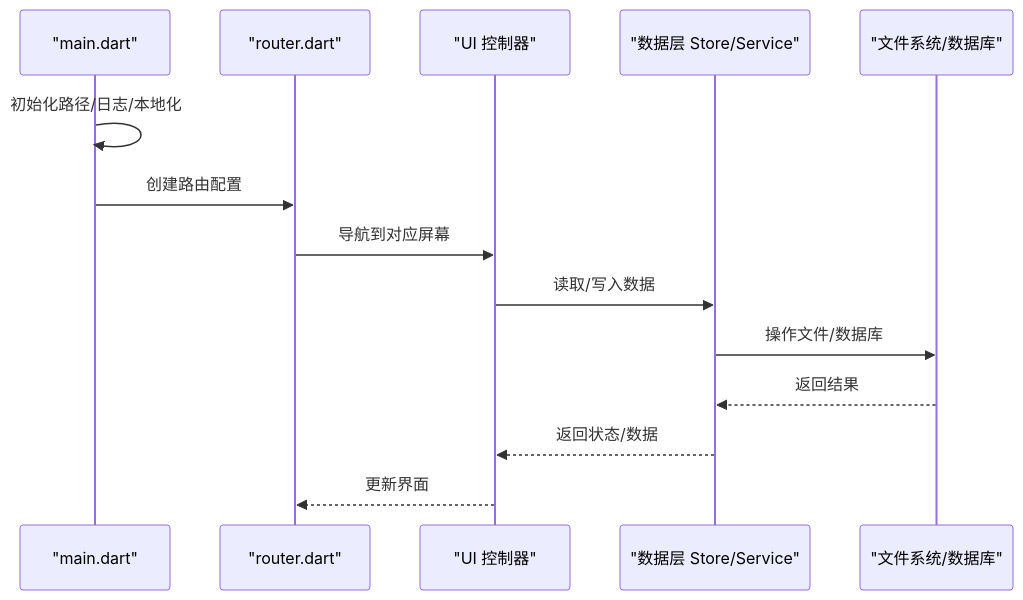
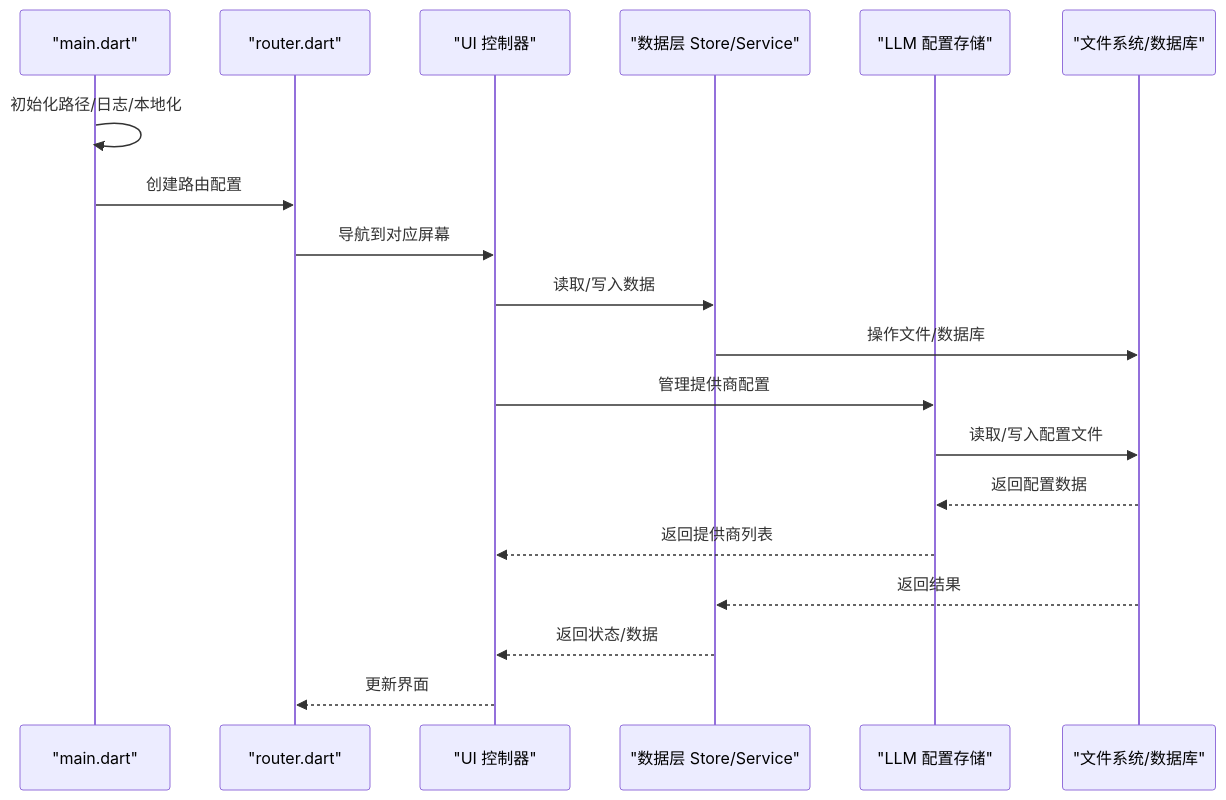
One commit to Ykworm/thktree changed the second of 9 diagrams in .qoder/repowiki/zh/content/核心功能模块/核心功能模块.md. Above: the diagram before and after it, drawn with Mermaid. The commit also changed other lines of this file and 45 other files, not shown here.

````diff
--- a/.qoder/repowiki/zh/content/核心功能模块/核心功能模块.md
+++ b/.qoder/repowiki/zh/content/核心功能模块/核心功能模块.md
@@ -148,16 +193,21 @@
 ```mermaid
 sequenceDiagram
 participant Entry as "main.dart"
 participant Router as "router.dart"
 participant UI as "UI 控制器"
 participant Store as "数据层 Store/Service"
+participant LLMConfig as "LLM 配置存储"
 participant FS as "文件系统/数据库"
 Entry->>Entry : 初始化路径/日志/本地化
 Entry->>Router : 创建路由配置
 Router->>UI : 导航到对应屏幕
 UI->>Store : 读取/写入数据
 Store->>FS : 操作文件/数据库
+UI->>LLMConfig : 管理提供商配置
+LLMConfig->>FS : 读取/写入配置文件
+FS-->>LLMConfig : 返回配置数据
+LLMConfig-->>UI : 返回提供商列表
 FS-->>Store : 返回结果
 Store-->>UI : 返回状态/数据
 UI-->>Router : 更新界面
 ```
````
